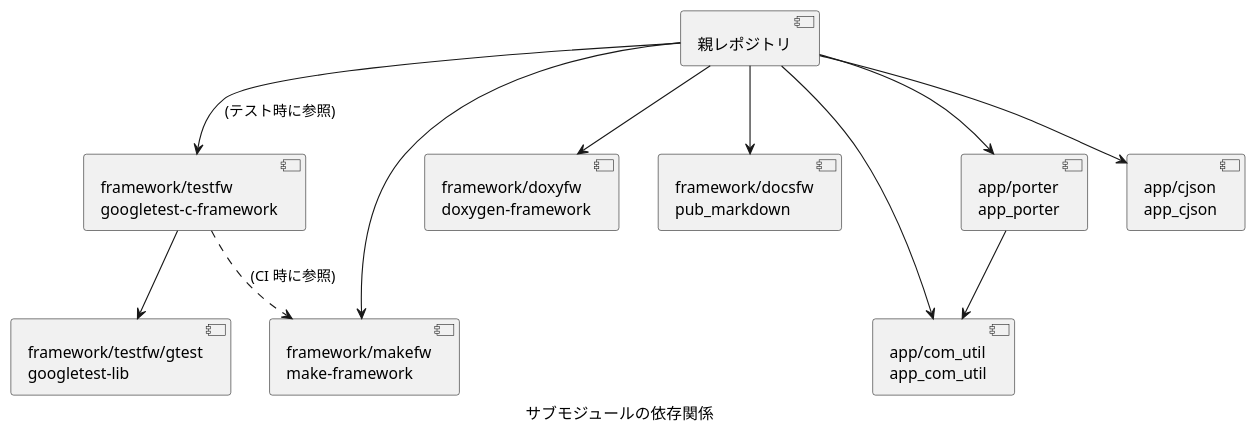
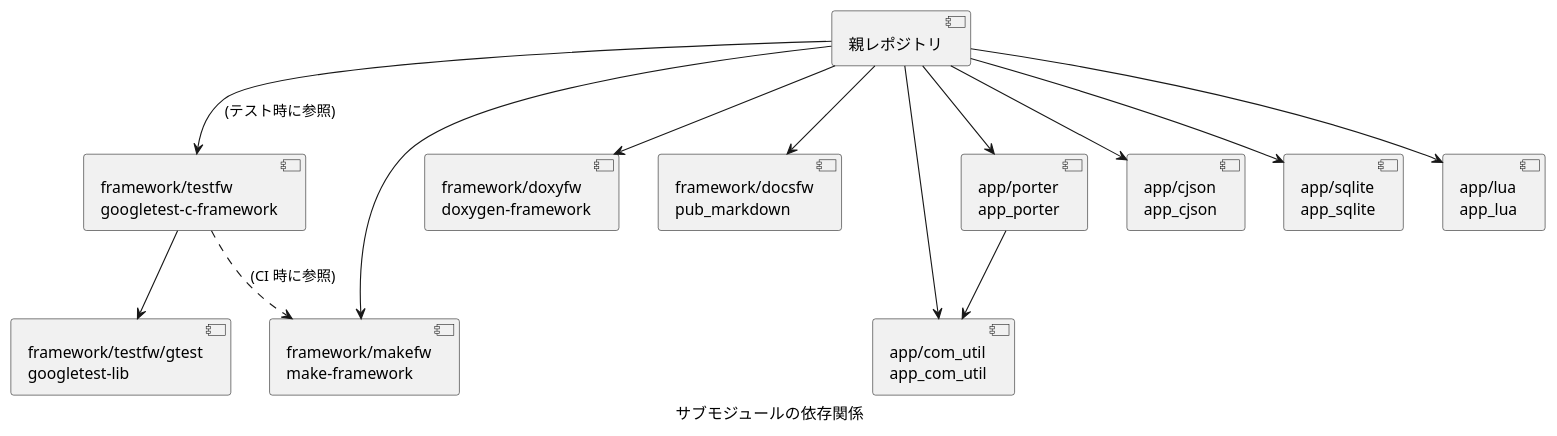
Before and after one commit to Hondarer/doxygen-sample: the diagram in README.md, drawn with PlantUML. The commit also changed other lines of this file and 8 other files, not shown here.

Commit message:
lua, sqlite

````diff
--- a/README.md
+++ b/README.md
@@ -53,26 +55,30 @@
 ```plantuml
 @startuml サブモジュールの依存関係
     caption サブモジュールの依存関係
     component "framework/testfw/gtest\ngoogletest-lib" as gtest
     component "framework/testfw\ngoogletest-c-framework" as testfw
     component "framework/makefw\nmake-framework" as makefw
     component "framework/doxyfw\ndoxygen-framework" as doxyfw
     component "framework/docsfw\npub_markdown" as docsfw
     component "app/com_util\napp_com_util" as com_util
     component "app/porter\napp_porter" as porter
     component "app/cjson\napp_cjson" as cjson
+    component "app/sqlite\napp_sqlite" as sqlite
+    component "app/lua\napp_lua" as lua
     component "親レポジトリ" as this
 
     testfw --> gtest
     testfw ..> makefw : (CI 時に参照)
     porter --> com_util
     this --> com_util
     this --> porter
     this --> cjson
+    this --> sqlite
+    this --> lua
     this --> doxyfw
     this --> docsfw
     this --> makefw
     this --> testfw : (テスト時に参照)
 
 @enduml
 ```
````
